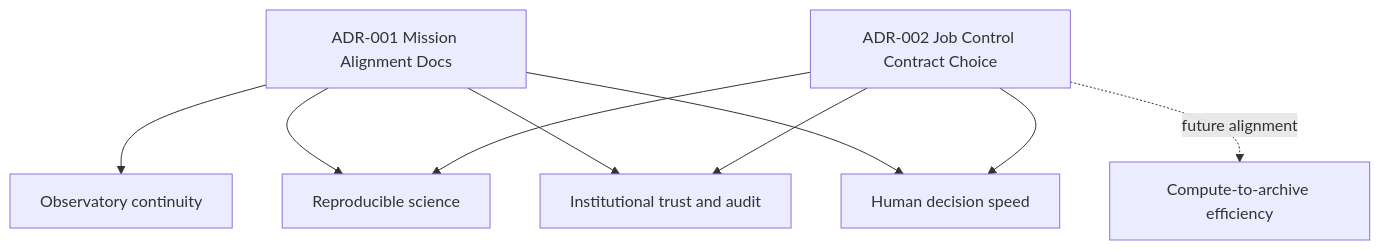
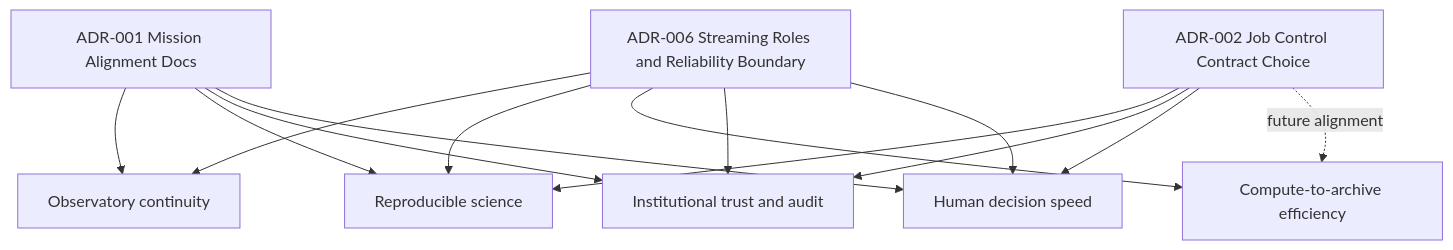
One commit to JeffreySanford/phase-2-cosmic changed the diagram in documentation/architecture/DECISIONS.md. Above: the diagram before and after it, drawn with Mermaid. The commit also changed other lines of this file, not shown here.

Commit message:
record repaired broker and lakehouse boundary ADR

````diff
--- a/documentation/architecture/DECISIONS.md
+++ b/documentation/architecture/DECISIONS.md
@@ -25,20 +25,26 @@
 ```mermaid
 flowchart TD
   ADR1[ADR-001 Mission Alignment Docs]
   ADR2[ADR-002 Job Control Contract Choice]
+  ADR6[ADR-006 Streaming Roles and Reliability Boundary]
 
   O1[Observatory continuity]
   O2[Reproducible science]
   O3[Compute-to-archive efficiency]
   O4[Institutional trust and audit]
   O5[Human decision speed]
 
   ADR1 --> O1
   ADR1 --> O2
   ADR1 --> O4
   ADR1 --> O5
   ADR2 --> O2
   ADR2 --> O4
   ADR2 --> O5
   ADR2 -.future alignment.-> O3
+  ADR6 --> O1
+  ADR6 --> O2
+  ADR6 --> O3
+  ADR6 --> O4
+  ADR6 --> O5
 ```
````
